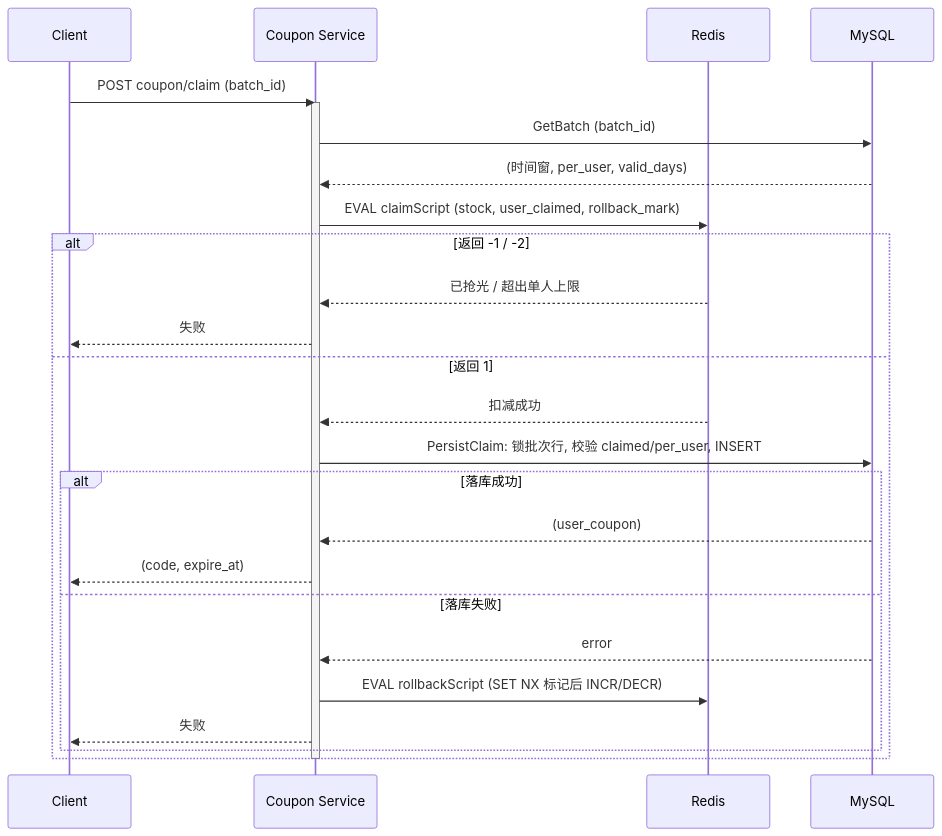
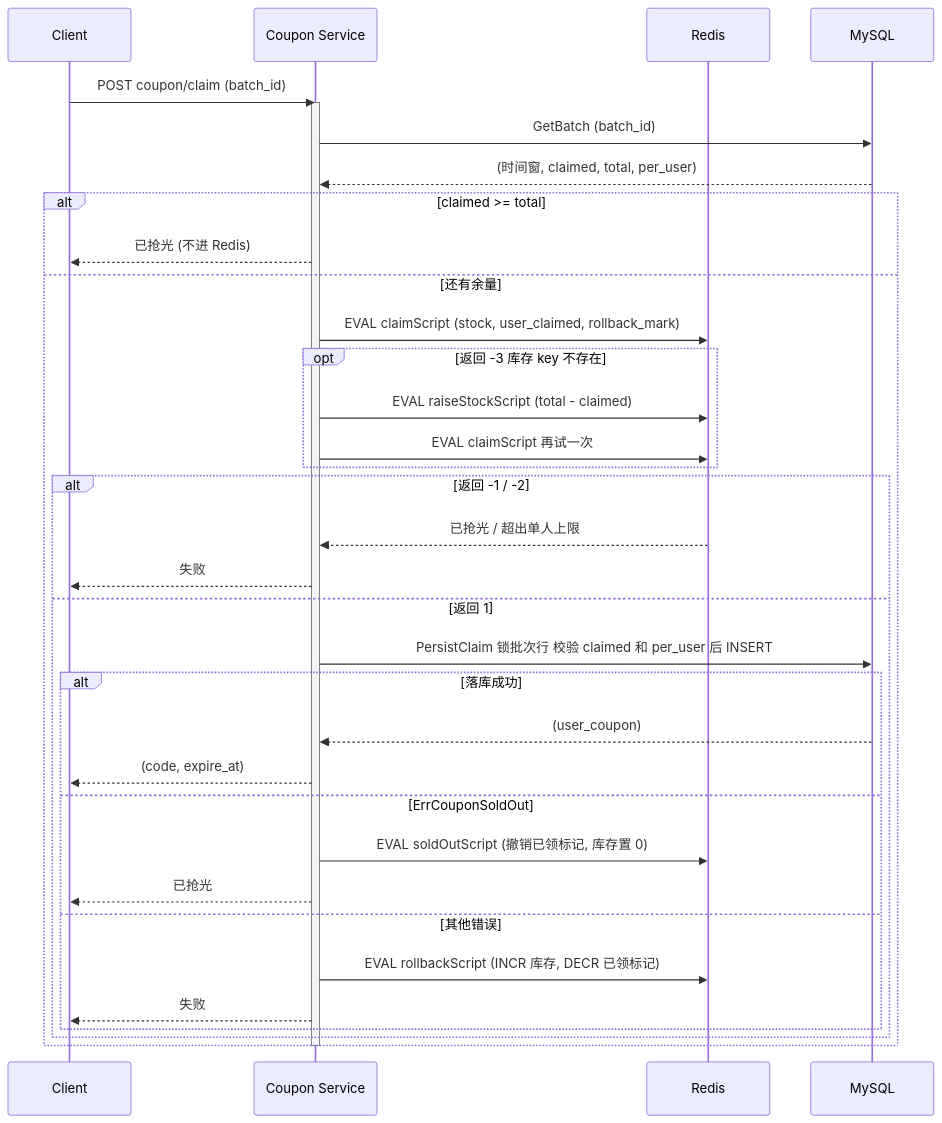
One commit to RedInn7/gomall changed the third of 3 diagrams in docs/lecture/16-promo-coupon.md. Above: the diagram before and after it, drawn with Mermaid. The commit also changed other lines of this file and 1 other file, not shown here.

````diff
--- a/docs/lecture/16-promo-coupon.md
+++ b/docs/lecture/16-promo-coupon.md
@@ -502,29 +565,38 @@
 ```mermaid
 sequenceDiagram
     participant Client
     participant CouponSrv as Coupon Service
     participant Redis
     participant DB as MySQL
 
     Client->>CouponSrv: POST coupon/claim (batch_id)
     activate CouponSrv
     CouponSrv->>DB: GetBatch (batch_id)
-    DB-->>CouponSrv: (时间窗, per_user, valid_days)
-    CouponSrv->>Redis: EVAL claimScript (stock, user_claimed, rollback_mark)
-    alt 返回 -1 / -2
-        Redis-->>CouponSrv: 已抢光 / 超出单人上限
-        CouponSrv-->>Client: 失败
-    else 返回 1
-        Redis-->>CouponSrv: 扣减成功
-        CouponSrv->>DB: PersistClaim: 锁批次行, 校验 claimed/per_user, INSERT
-        alt 落库成功
-            DB-->>CouponSrv: (user_coupon)
-            CouponSrv-->>Client: (code, expire_at)
-        else 落库失败
-            DB-->>CouponSrv: error
-            CouponSrv->>Redis: EVAL rollbackScript (SET NX 标记后 INCR/DECR)
+    DB-->>CouponSrv: (时间窗, claimed, total, per_user)
+    alt claimed >= total
+        CouponSrv-->>Client: 已抢光 (不进 Redis)
+    else 还有余量
+        CouponSrv->>Redis: EVAL claimScript (stock, user_claimed, rollback_mark)
+        opt 返回 -3 库存 key 不存在
+            CouponSrv->>Redis: EVAL raiseStockScript (total - claimed)
+            CouponSrv->>Redis: EVAL claimScript 再试一次
+        end
+        alt 返回 -1 / -2
+            Redis-->>CouponSrv: 已抢光 / 超出单人上限
             CouponSrv-->>Client: 失败
+        else 返回 1
+            CouponSrv->>DB: PersistClaim 锁批次行 校验 claimed 和 per_user 后 INSERT
+            alt 落库成功
+                DB-->>CouponSrv: (user_coupon)
+                CouponSrv-->>Client: (code, expire_at)
+            else ErrCouponSoldOut
+                CouponSrv->>Redis: EVAL soldOutScript (撤销已领标记, 库存置 0)
+                CouponSrv-->>Client: 已抢光
+            else 其他错误
+                CouponSrv->>Redis: EVAL rollbackScript (INCR 库存, DECR 已领标记)
+                CouponSrv-->>Client: 失败
+            end
         end
     end
     deactivate CouponSrv
 ```
````
